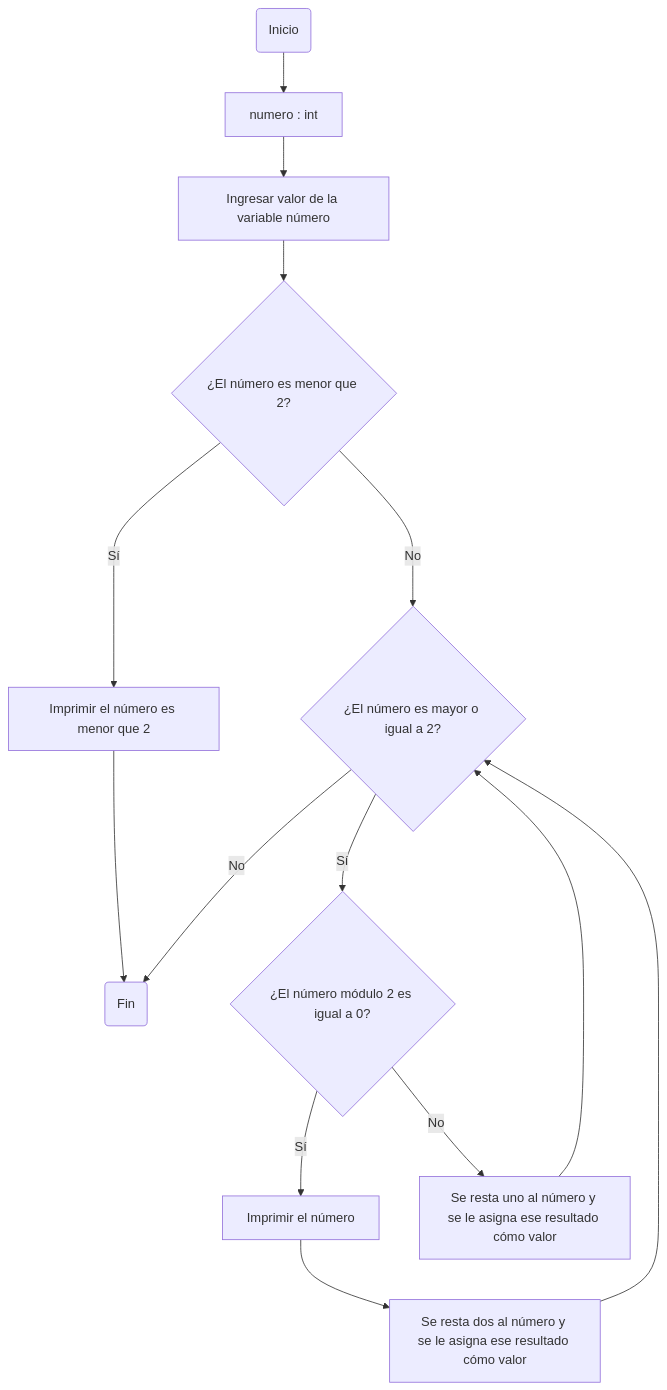
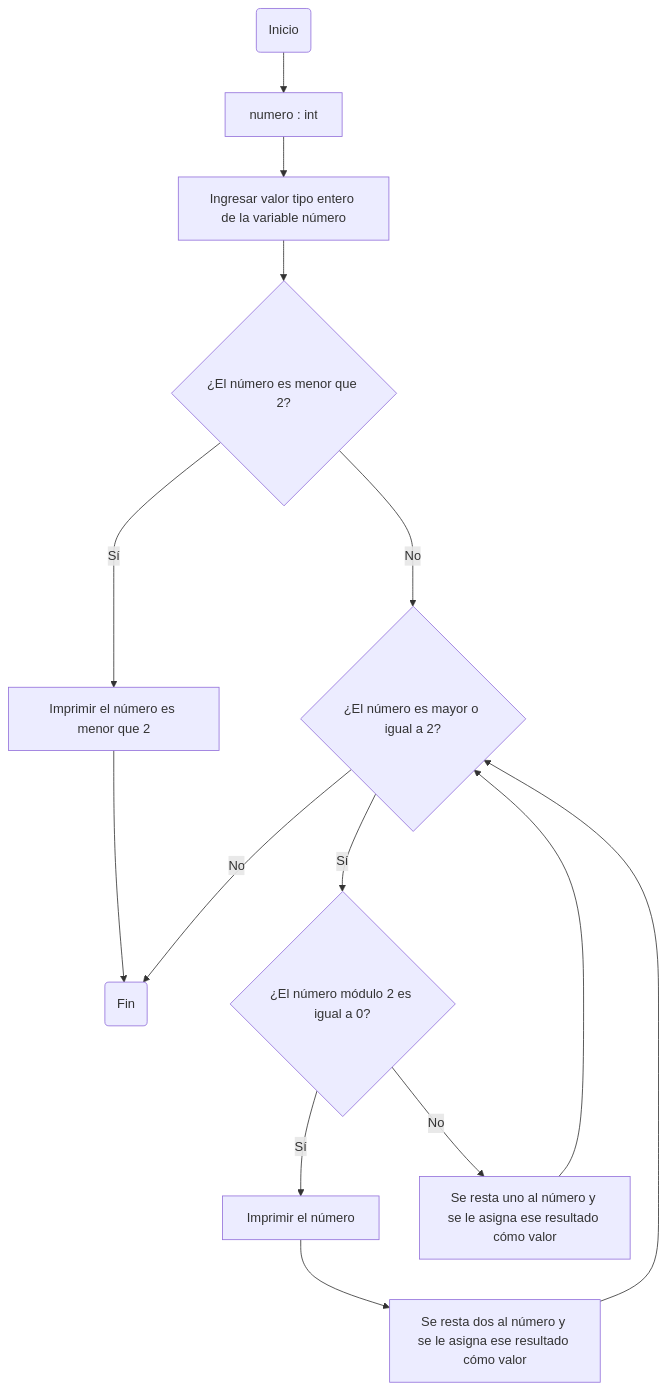
The third of 3 diagrams in README.md (JuanJoToAl/Reto7), drawn with Mermaid before and after one commit.

````diff
--- a/README.md
+++ b/README.md
@@ -88,17 +88,17 @@
 ```mermaid
 flowchart TD
     A(Inicio) --> B[numero : int ]
     B-->C;
-    C[Ingresar valor de la variable número] --> D{¿El número es menor que 2?};
+    C[Ingresar valor tipo entero de la variable número] --> D{¿El número es menor que 2?};
     D-- Sí-->E[Imprimir el número es menor que 2];
     E --> L
     D -- No ---> F{¿El número es mayor o igual a 2?};
     F --Sí --> G{¿El número módulo 2 es igual a 0?};
     F --No --> L
     G-- Sí -->H[Imprimir el número];
     H--> I[Se resta dos al número y se le asigna ese resultado cómo valor]
     I--> F;
     G --No --> K[Se resta uno al número y se le asigna ese resultado cómo valor]
     K --> F
     L(Fin)
 ```
````
